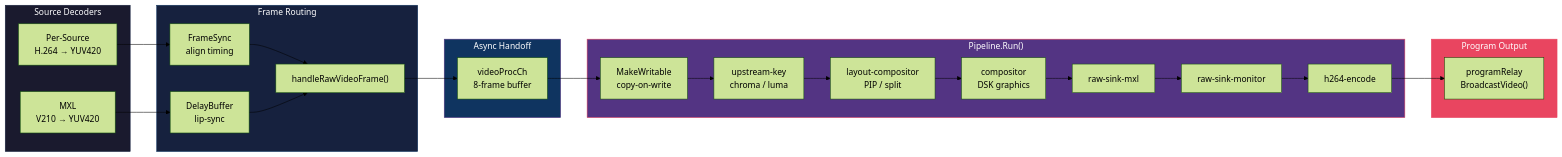
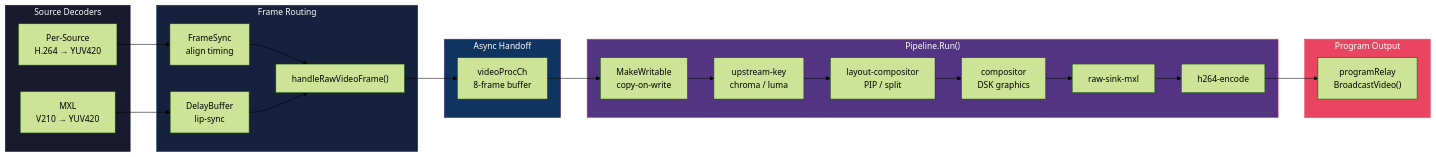
Before and after one commit to zsiec/switchframe: the first of 8 diagrams in docs/pipeline.md, drawn with Mermaid (forest theme). The commit also changed other lines of this file and 3 other files, not shown here.

Commit message:
docs: remove raw YUV program monitor references

````diff
--- a/docs/pipeline.md
+++ b/docs/pipeline.md
@@ -11,43 +11,42 @@
 ```mermaid
 flowchart LR
     subgraph src ["Source Decoders"]
         style src fill:#1a1a2e,color:#fff,stroke:#16213e
         SD["Per-Source\nH.264 → YUV420"]
         MXL["MXL\nV210 → YUV420"]
     end
 
     subgraph sync ["Frame Routing"]
         style sync fill:#16213e,color:#fff,stroke:#0f3460
         FS["FrameSync\nalign timing"]
         DB["DelayBuffer\nlip-sync"]
         HRV["handleRawVideoFrame()"]
     end
 
     subgraph ch ["Async Handoff"]
         style ch fill:#0f3460,color:#fff,stroke:#533483
         VPC["videoProcCh\n8-frame buffer"]
     end
 
     subgraph pipeline ["Pipeline.Run()"]
         style pipeline fill:#533483,color:#fff,stroke:#e94560
         MW["MakeWritable\ncopy-on-write"]
         UK["upstream-key\nchroma / luma"]
         LC["layout-compositor\nPIP / split"]
         DSK["compositor\nDSK graphics"]
         RS1["raw-sink-mxl"]
-        RS2["raw-sink-monitor"]
         ENC["h264-encode"]
     end
 
     subgraph out ["Program Output"]
         style out fill:#e94560,color:#fff,stroke:#e94560
         BR["programRelay\nBroadcastVideo()"]
     end
 
     SD --> FS
     MXL --> DB
     FS --> HRV
     DB --> HRV
     HRV --> VPC
-    VPC --> MW --> UK --> LC --> DSK --> RS1 --> RS2 --> ENC --> BR
+    VPC --> MW --> UK --> LC --> DSK --> RS1 --> ENC --> BR
 ```
````
